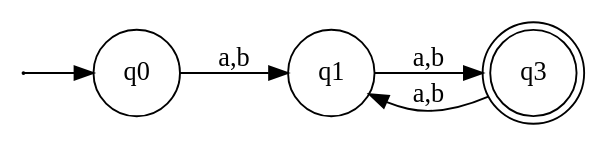
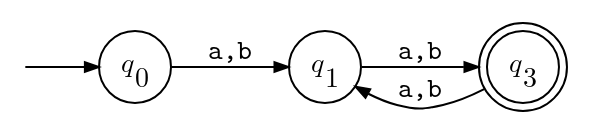
Before and after one commit to karlstroetmann/Formal-Languages: the diagram in Lecture-Notes/Abbildungen/gleichwertig.dot, drawn with Graphviz. The commit also changed 57 other files, not shown here.

First line of the commit message:
Redraw the remaining EPS figures of the lecture notes as PDFs

```diff
--- a/Lecture-Notes/Abbildungen/gleichwertig.dot
+++ b/Lecture-Notes/Abbildungen/gleichwertig.dot
@@ -1,16 +1,18 @@
-digraph G {    
-    shape   = circle;
-    rankdir = LR;
-    size    = "4,7";
+digraph G {
+    // The states are labelled in Latin Modern Math, like $q_0$ in the lecture
+    // notes, the transitions in Latin Modern Mono, like \texttt{a}.
+    rankdir=LR;
+    node [shape=circle, fixedsize=true, width=0.5,
+          fontname="Latin Modern Math", fontsize=14];
+    edge [fontname="Latin Modern Mono", fontsize=14, arrowsize=0.7];
+    start [shape=none, label="", width=0, height=0];
 
-    start [label="",width=0.00001,height=0.00001];
- 
     start -> 0;
-    0 [label = "q0", shape = circle];
-    1 [label = "q1", shape = circle];
-    3 [label = "q3", shape = circle, peripheries = 2];
+    0 [label=<𝑞<SUB>0</SUB>>];
+    1 [label=<𝑞<SUB>1</SUB>>];
+    3 [label=<𝑞<SUB>3</SUB>>, shape=doublecircle];
 
-    0 -> 1 [label = "a,b"];
-    1 -> 3 [label = "a,b"];
-    3 -> 1 [label = "a,b"];
+    0 -> 1 [label="a,b"];
+    1 -> 3 [label="a,b"];
+    3 -> 1 [label="a,b"];
 }
```
